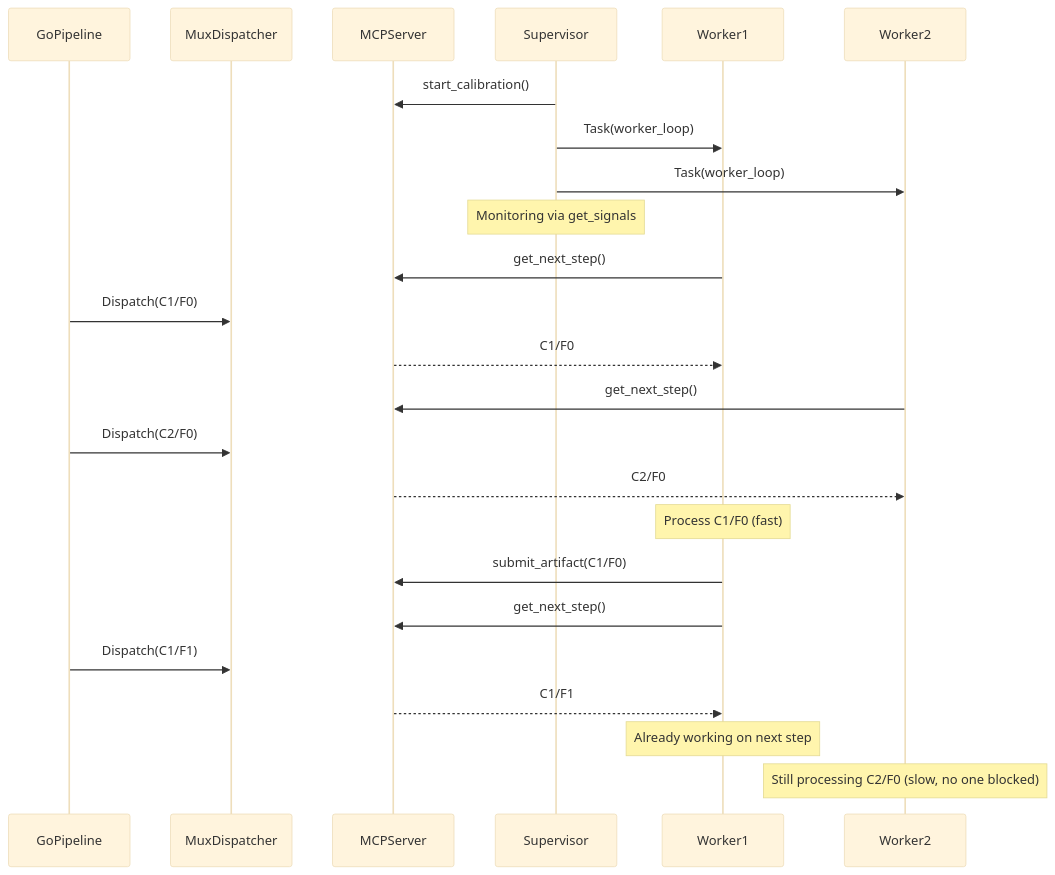
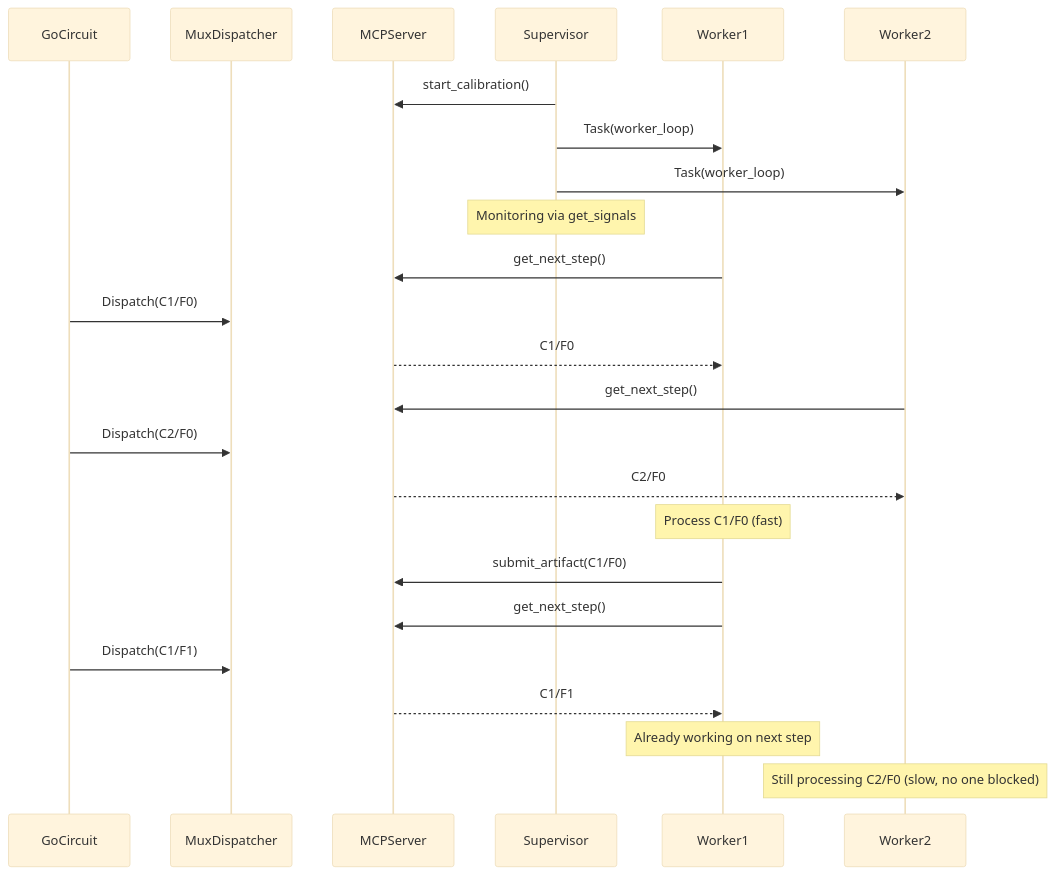
The second of 3 diagrams in .cursor/contracts/completed/framework/papercup-protocol-maturity.md (dpopsuev/origami), drawn with Mermaid (base theme) before and after one commit. The commit also changed other lines of this file and 315 other files, not shown here.

````diff
--- a/.cursor/contracts/completed/framework/papercup-protocol-maturity.md
+++ b/.cursor/contracts/completed/framework/papercup-protocol-maturity.md
@@ -77,29 +77,29 @@
 ```mermaid
 sequenceDiagram
-    participant Go as GoPipeline
+    participant Go as GoCircuit
     participant Mux as MuxDispatcher
     participant MCP as MCPServer
     participant Parent as Supervisor
     participant W1 as Worker1
     participant W2 as Worker2
 
     Parent->>MCP: start_calibration()
     Parent->>W1: Task(worker_loop)
     Parent->>W2: Task(worker_loop)
     Note over Parent: Monitoring via get_signals
 
     W1->>MCP: get_next_step()
     Go->>Mux: Dispatch(C1/F0)
     MCP-->>W1: C1/F0
     W2->>MCP: get_next_step()
     Go->>Mux: Dispatch(C2/F0)
     MCP-->>W2: C2/F0
 
     Note over W1: Process C1/F0 (fast)
     W1->>MCP: submit_artifact(C1/F0)
     W1->>MCP: get_next_step()
     Go->>Mux: Dispatch(C1/F1)
     MCP-->>W1: C1/F1
     Note over W1: Already working on next step
     Note over W2: Still processing C2/F0 (slow, no one blocked)
 ```
````
